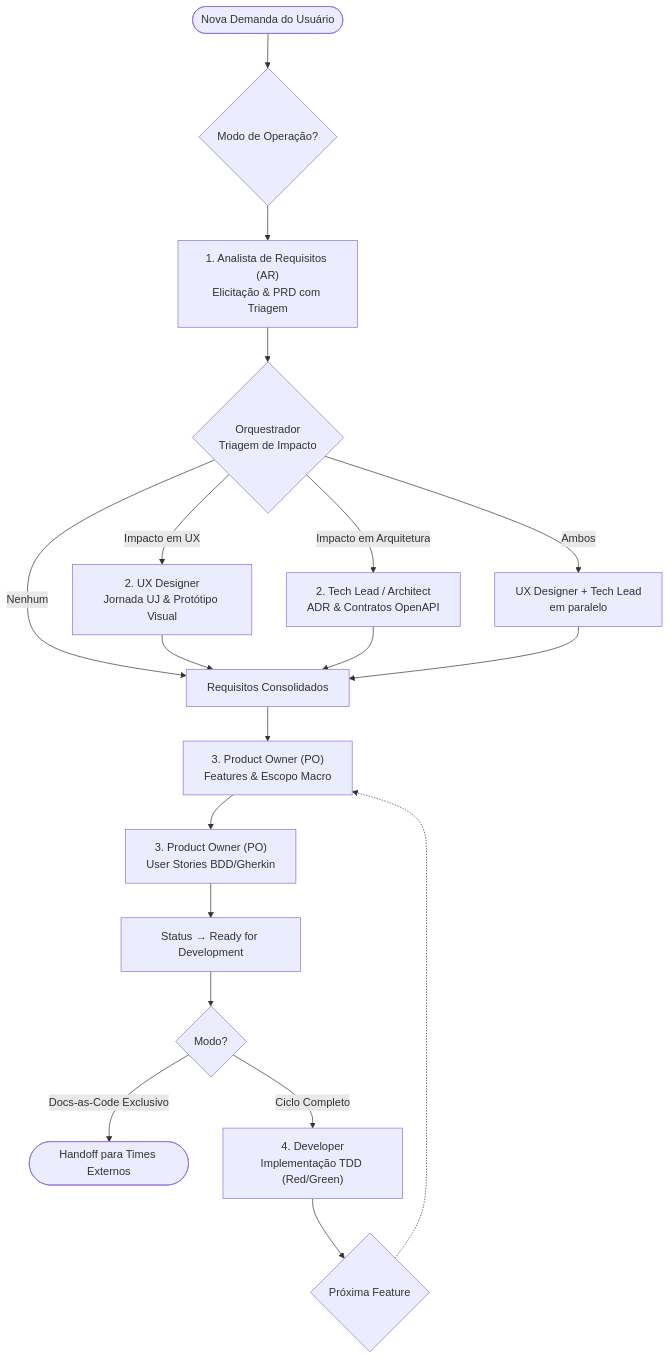
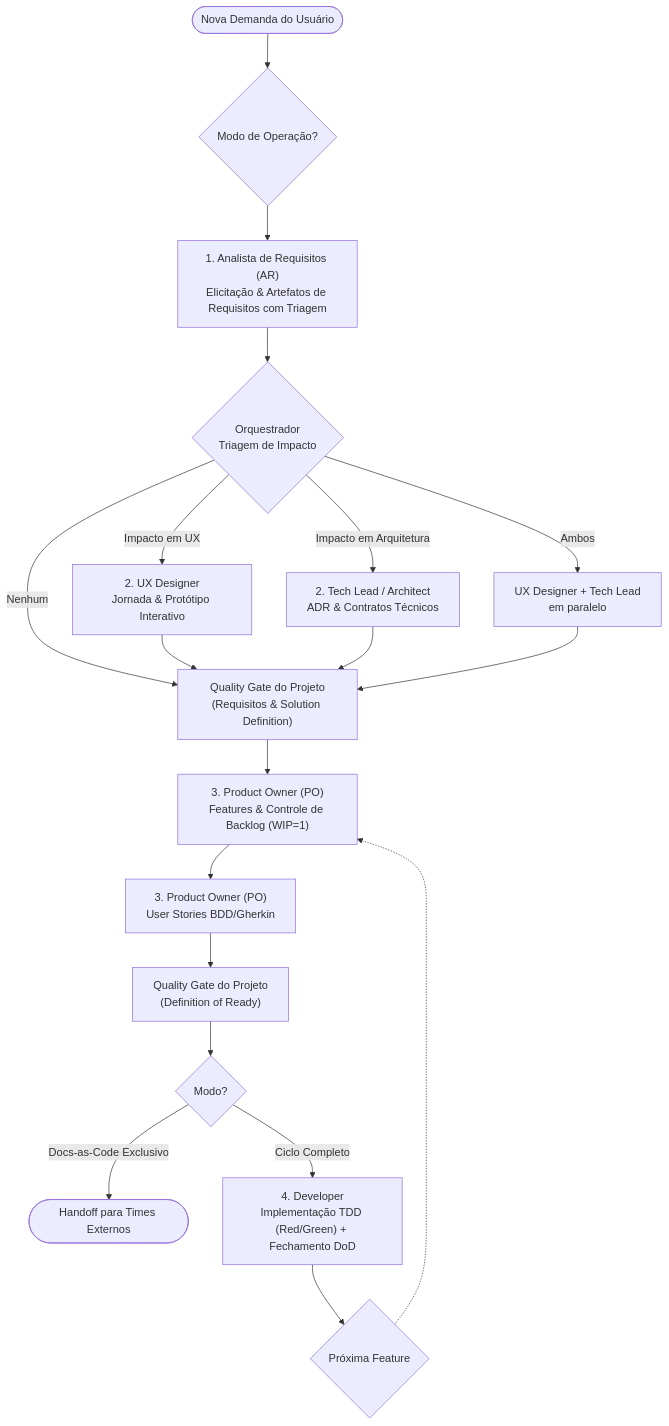
The diagram in README.md (renatorlemos-gif/dev-team), drawn with Mermaid before and after one commit. The commit also changed other lines of this file and 4 other files, not shown here.

````diff
--- a/README.md
+++ b/README.md
@@ -7,30 +7,30 @@
 ```mermaid
 graph TD
     Demanda([Nova Demanda do Usuário]) --> MODO{Modo de Operação?}
 
-    MODO --> AR["1. Analista de Requisitos (AR)<br/>Elicitação & PRD com Triagem"]
+    MODO --> AR["1. Analista de Requisitos (AR)<br/>Elicitação & Artefatos de Requisitos com Triagem"]
 
     AR --> TRIAGE{"Orquestrador<br/>Triagem de Impacto"}
 
-    TRIAGE -->|"Impacto em UX"| UX["2. UX Designer<br/>Jornada UJ & Protótipo Visual"]
-    TRIAGE -->|"Impacto em Arquitetura"| TL["2. Tech Lead / Architect<br/>ADR & Contratos OpenAPI"]
+    TRIAGE -->|"Impacto em UX"| UX["2. UX Designer<br/>Jornada & Protótipo Interativo"]
+    TRIAGE -->|"Impacto em Arquitetura"| TL["2. Tech Lead / Architect<br/>ADR & Contratos Técnicos"]
     TRIAGE -->|"Ambos"| BOTH["UX Designer + Tech Lead<br/>em paralelo"]
-    TRIAGE -->|"Nenhum"| APPROVE["Requisitos Consolidados"]
+    TRIAGE -->|"Nenhum"| GATE_REQ["Quality Gate do Projeto<br/>(Requisitos & Solution Definition)"]
 
-    UX --> APPROVE
-    TL --> APPROVE
-    BOTH --> APPROVE
+    UX --> GATE_REQ
+    TL --> GATE_REQ
+    BOTH --> GATE_REQ
 
-    APPROVE --> PO_FEAT["3. Product Owner (PO)<br/>Features & Escopo Macro"]
+    GATE_REQ --> PO_FEAT["3. Product Owner (PO)<br/>Features & Controle de Backlog (WIP=1)"]
     PO_FEAT --> PO_US["3. Product Owner (PO)<br/>User Stories BDD/Gherkin"]
 
-    PO_US --> READY["Status → Ready for Development"]
+    PO_US --> GATE_READY["Quality Gate do Projeto<br/>(Definition of Ready)"]
 
-    READY --> DEV_GATE{Modo?}
+    GATE_READY --> DEV_GATE{Modo?}
 
     DEV_GATE -->|"Docs-as-Code Exclusivo"| HANDOFF([Handoff para Times Externos])
-    DEV_GATE -->|"Ciclo Completo"| DEV["4. Developer<br/>Implementação TDD (Red/Green)"]
+    DEV_GATE -->|"Ciclo Completo"| DEV["4. Developer<br/>Implementação TDD (Red/Green) + Fechamento DoD"]
 
     DEV --> LOOP{"Próxima Feature"}
     LOOP -.-> PO_FEAT
 ```
````
